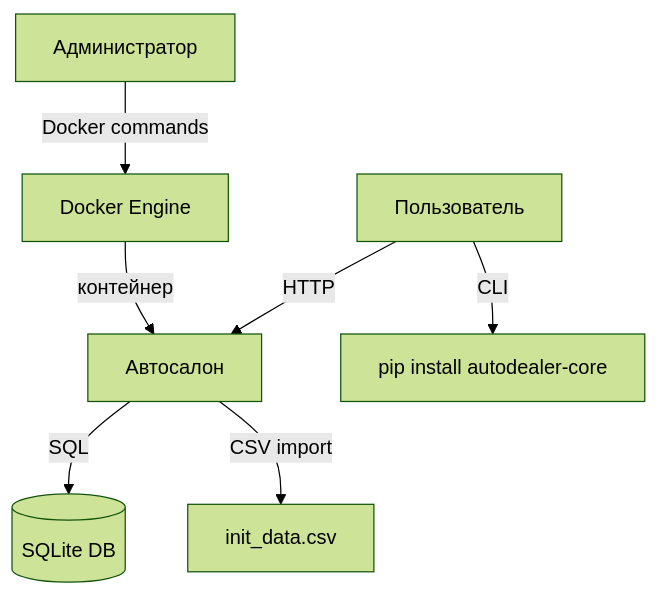
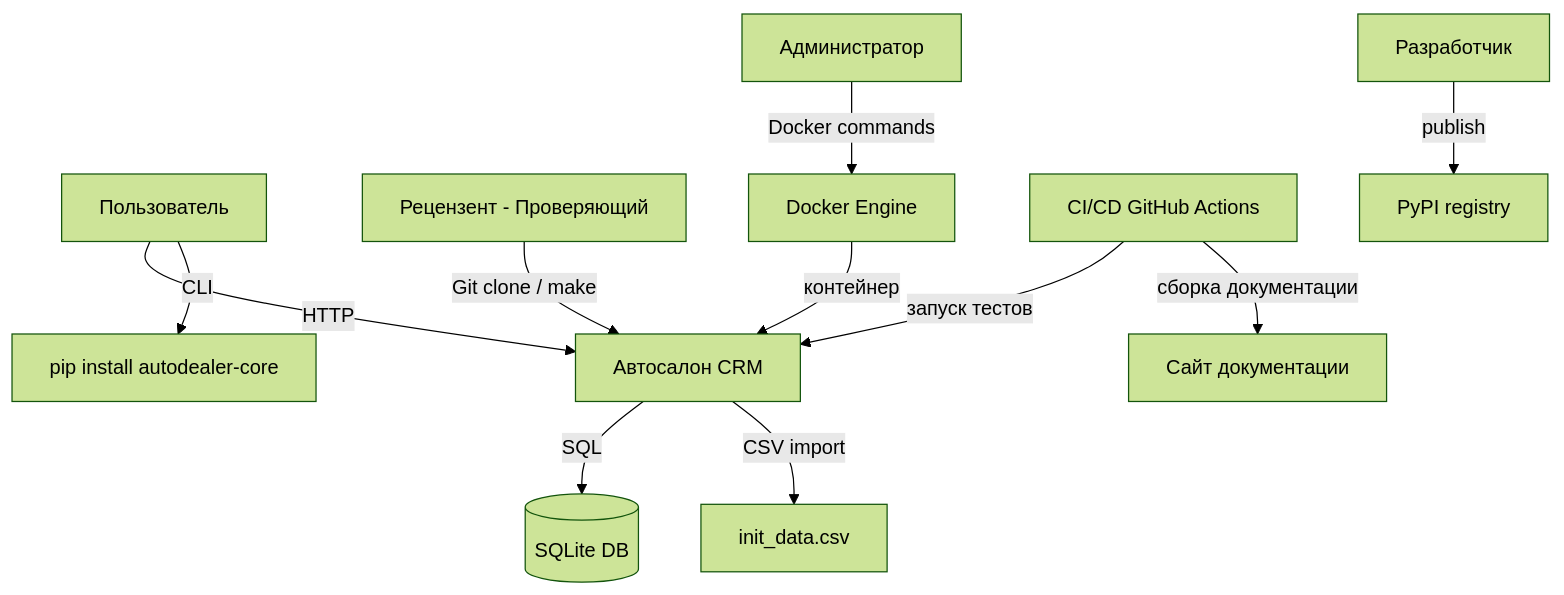
Before and after one commit to Sn1pe1t/auto-dealer-proj: the first of 4 diagrams in docs/architecture.md, drawn with Mermaid (forest theme). The commit also changed other lines of this file, not shown here.

````diff
--- a/docs/architecture.md
+++ b/docs/architecture.md
@@ -4,9 +4,13 @@
 ```mermaid
 graph TD
-    User[Пользователь] -->|HTTP| App[Автосалон]
+    User[Пользователь] -->|HTTP| App[Автосалон CRM]
+    Reviewer[Рецензент - Проверяющий] -->|Git clone / make| App
     App -->|SQL| DB[(SQLite DB)]
     App -->|CSV import| CSV[init_data.csv]
     User -->|CLI| PyPI[pip install autodealer-core]
     Admin[Администратор] -->|Docker commands| Docker[Docker Engine]
     Docker -->|контейнер| App
+    CI[CI/CD GitHub Actions] -->|запуск тестов| App
+    CI -->|сборка документации| DocsSite[Сайт документации]
+    Developer[Разработчик] -->|publish| PyPIRegistry[PyPI registry]
 ```
````
